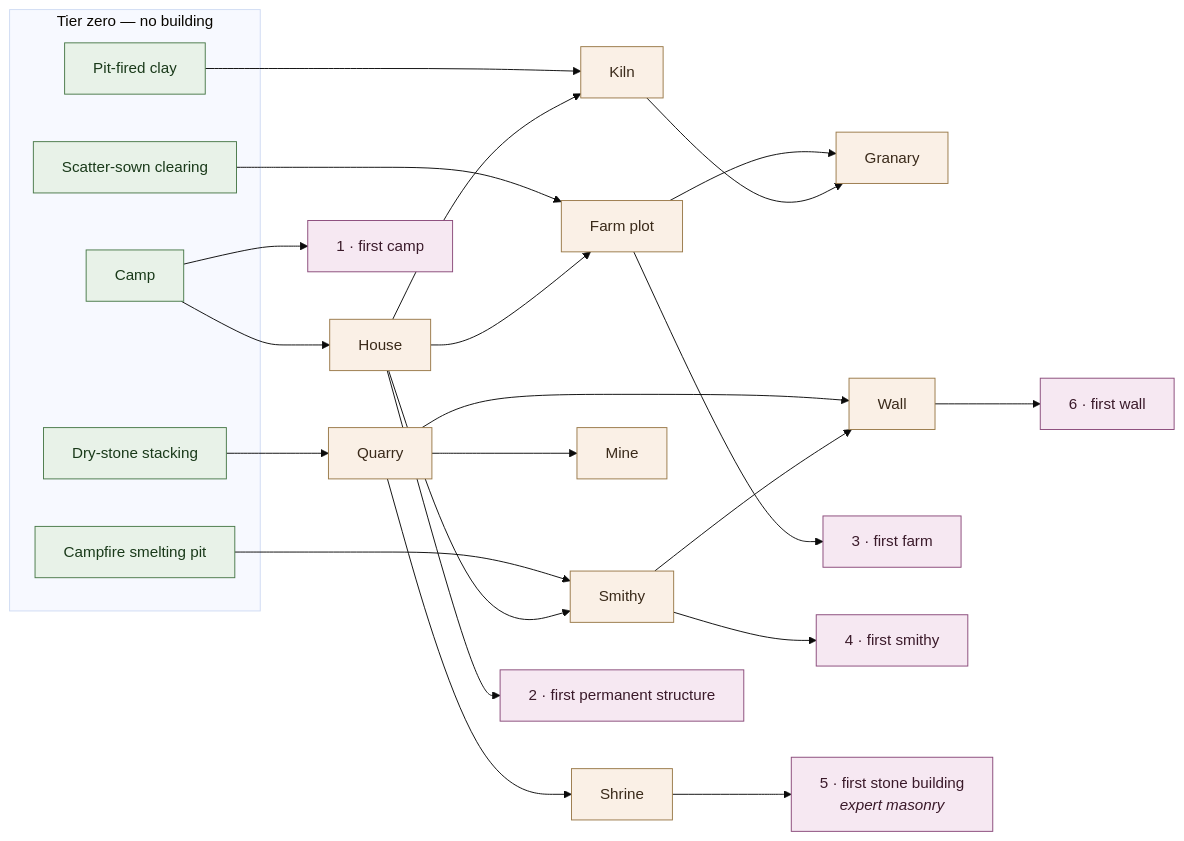
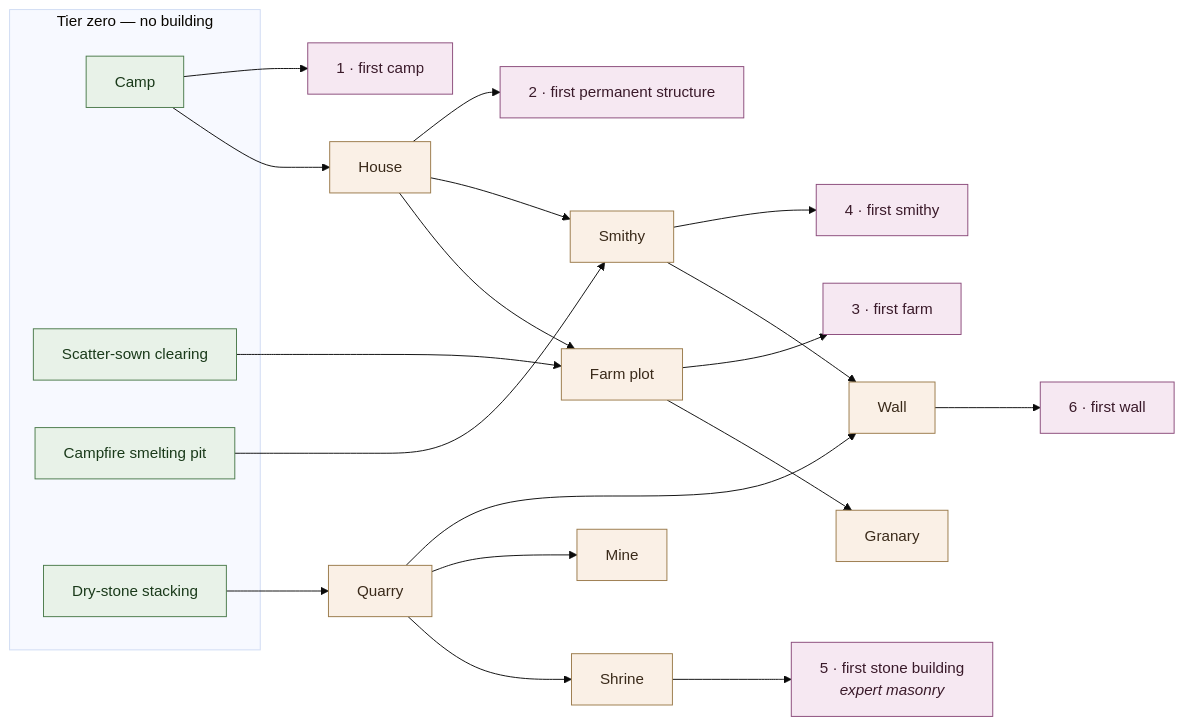
One commit to zhollis21/KingdomWatch changed the second of 2 diagrams in docs/design/kingdom-watch-economy-ladder.md. Above: the diagram before and after it, drawn with Mermaid (base theme). The commit also changed other lines of this file and 1 other file, not shown here.

````diff
--- a/docs/design/kingdom-watch-economy-ladder.md
+++ b/docs/design/kingdom-watch-economy-ladder.md
@@ -332,36 +518,32 @@
 ```mermaid
 flowchart LR
   classDef tier0 fill:#e8f2e8,stroke:#4a7a4a,color:#1a3a1a
   classDef bld fill:#faf0e6,stroke:#9a7a4a,color:#3a2a1a
   classDef ms fill:#f6e8f2,stroke:#8a4a7a,color:#3a1a2a
 
   subgraph T0["Tier zero — no building"]
     Camp["Camp"]:::tier0
     Clearing["Scatter-sown clearing"]:::tier0
     Pit["Campfire smelting pit"]:::tier0
     Dry["Dry-stone stacking"]:::tier0
-    PitFire["Pit-fired clay"]:::tier0
   end
 
   Camp --> House["House"]:::bld
   Clearing --> Plot["Farm plot"]:::bld
   House --> Plot
   Plot --> Granary["Granary"]:::bld
-  PitFire --> Kiln["Kiln"]:::bld
-  House --> Kiln
-  Kiln --> Granary
   Dry --> QuarryB["Quarry"]:::bld
   QuarryB --> Shrine["Shrine"]:::bld
   QuarryB --> MineB["Mine"]:::bld
   Pit --> Smithy["Smithy"]:::bld
   House --> Smithy
   QuarryB --> Wall["Wall"]:::bld
   Smithy --> Wall
 
   Camp --> M1["1 · first camp"]:::ms
   House --> M2["2 · first permanent structure"]:::ms
   Plot --> M3["3 · first farm"]:::ms
   Smithy --> M4["4 · first smithy"]:::ms
   Shrine --> M5["5 · first stone building<br/><i>expert masonry</i>"]:::ms
   Wall --> M6["6 · first wall"]:::ms
 ```
````
